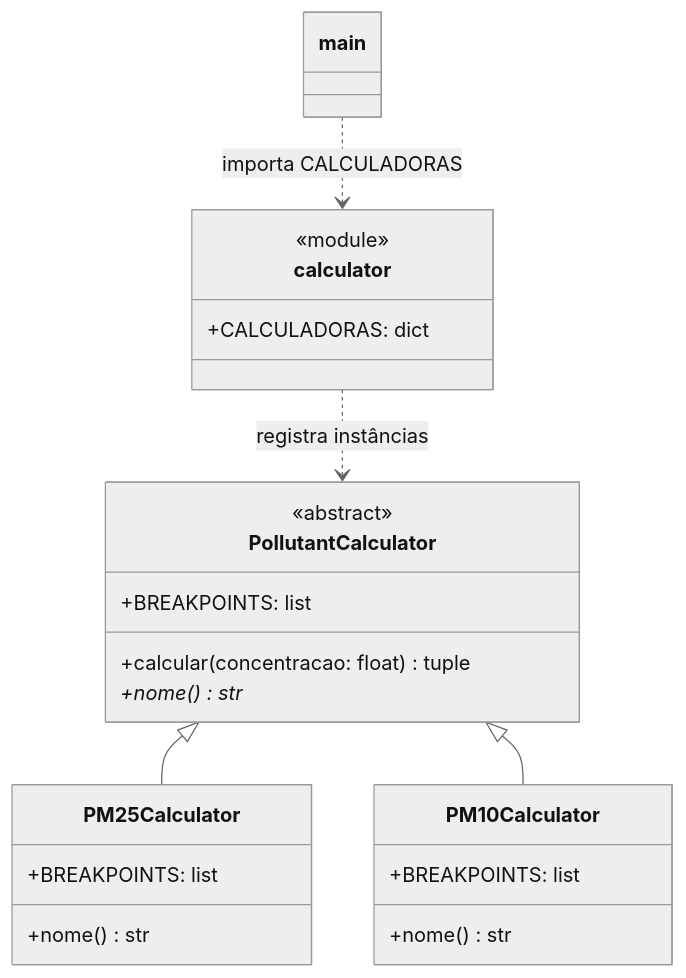
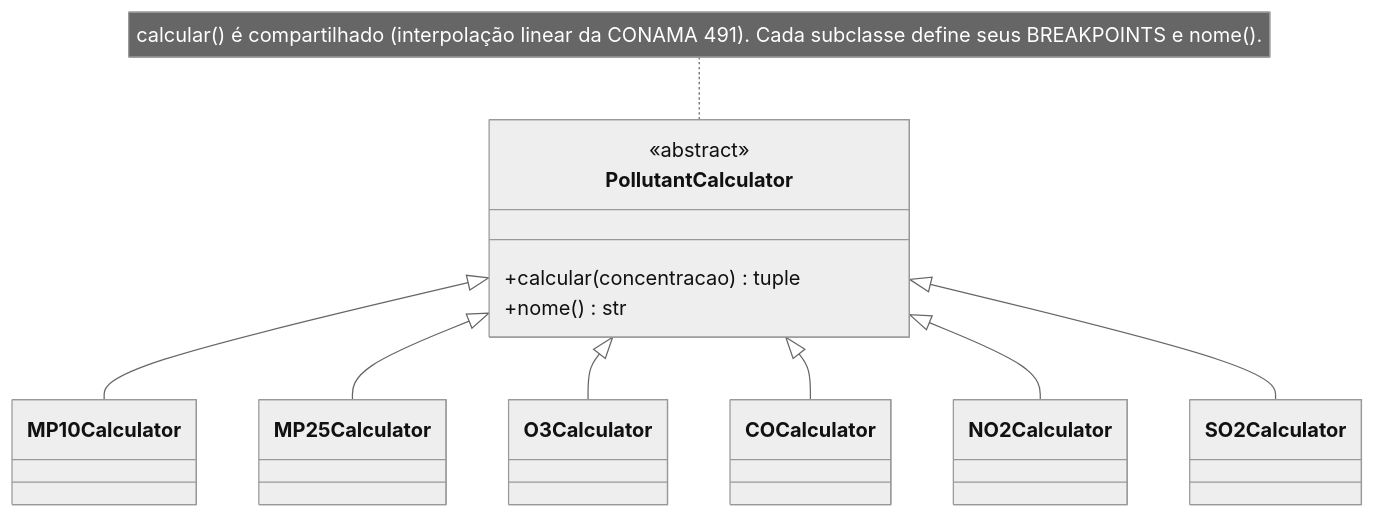
One commit to ArthurFSPalma/ENCO6A-A3 changed the third of 4 diagrams in docs/arquitetura.md. Above: the diagram before and after it, drawn with Mermaid (neutral theme). The commit also changed other lines of this file, not shown here.

````diff
--- a/docs/arquitetura.md
+++ b/docs/arquitetura.md
@@ -96,29 +134,15 @@
 ```mermaid
 classDiagram
     class PollutantCalculator {
         <<abstract>>
-        +BREAKPOINTS: list
-        +calcular(concentracao: float) tuple
-        +nome()* str
-    }
-
-    class PM25Calculator {
-        +BREAKPOINTS: list
+        +calcular(concentracao) tuple
         +nome() str
     }
-
-    class PM10Calculator {
-        +BREAKPOINTS: list
-        +nome() str
-    }
-
-    class calculator {
-        <<module>>
-        +CALCULADORAS: dict
-    }
-
-    PollutantCalculator <|-- PM25Calculator
-    PollutantCalculator <|-- PM10Calculator
-    calculator ..> PollutantCalculator : registra instâncias
-    main ..> calculator : importa CALCULADORAS
+    PollutantCalculator <|-- MP10Calculator
+    PollutantCalculator <|-- MP25Calculator
+    PollutantCalculator <|-- O3Calculator
+    PollutantCalculator <|-- COCalculator
+    PollutantCalculator <|-- NO2Calculator
+    PollutantCalculator <|-- SO2Calculator
+    note for PollutantCalculator "calcular() é compartilhado (interpolação linear da CONAMA 491). Cada subclasse define seus BREAKPOINTS e nome()."
 ```
````
